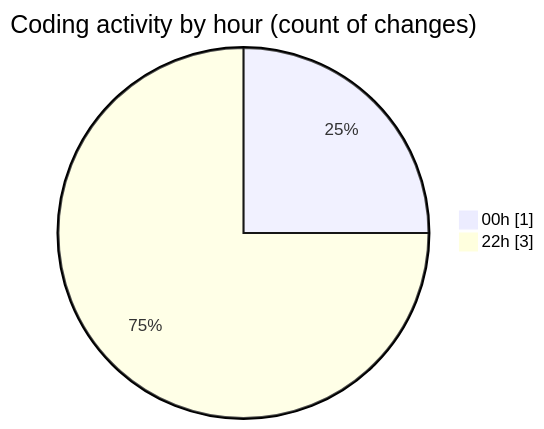
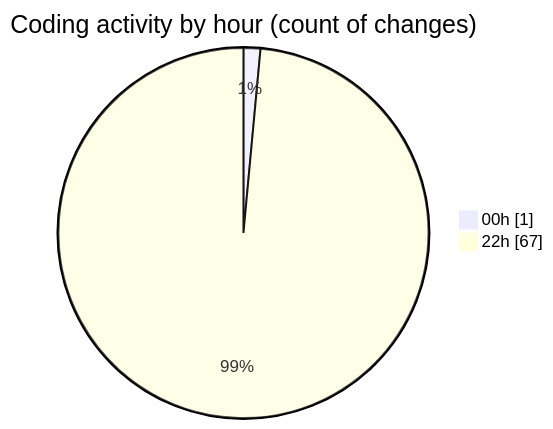
Before and after one commit to Ritupan-Deka/code-tracking: the second of 2 diagrams in 2025-08-04/javascript/README.md, drawn with Mermaid. The commit also changed other lines of this file and 1 other file, not shown here.

````diff
--- a/2025-08-04/javascript/README.md
+++ b/2025-08-04/javascript/README.md
@@ -28,6 +28,6 @@
 ```mermaid
 pie showData
 title Coding activity by hour (count of changes)
 "00h" : 1
-"22h" : 3
+"22h" : 67
 ```
````
